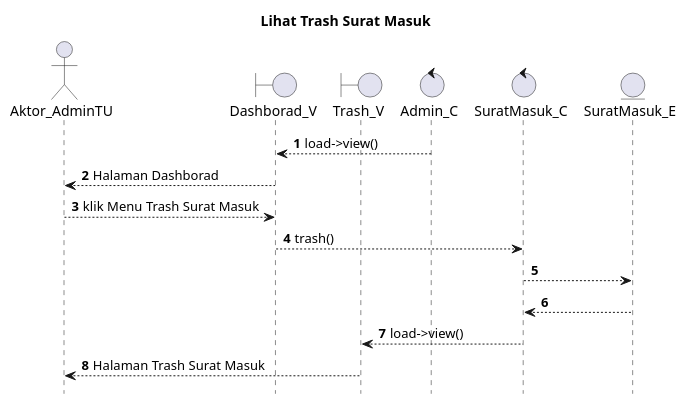
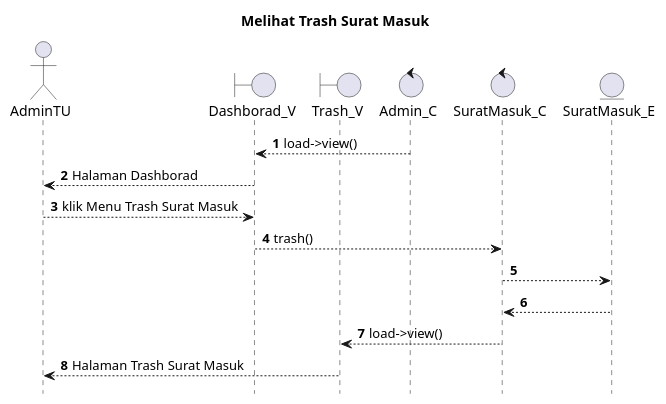
The diagram in SELAIN SISTEM/UML/SEQUENCE/admin tu/ViewTrashSuratMasuk.puml (kurniado729/sistem_kp), drawn with PlantUML before and after one commit. The commit also changed 185 other files, not shown here.

Commit message:
masukkan sequence di laporan

```diff
--- a/SELAIN SISTEM/UML/SEQUENCE/admin tu/ViewTrashSuratMasuk.puml
+++ b/SELAIN SISTEM/UML/SEQUENCE/admin tu/ViewTrashSuratMasuk.puml
@@ -1,24 +1,24 @@
 @startuml
 
 autonumber
 hide footbox
-title Lihat Trash Surat Masuk
+title Melihat Trash Surat Masuk
 
-Actor Aktor_AdminTU
+Actor AdminTU
 boundary Dashborad_V
 boundary Trash_V
 control Admin_C
 control SuratMasuk_C
 Entity SuratMasuk_E
 
 Admin_C --> Dashborad_V: load->view()
-Dashborad_V --> Aktor_AdminTU: Halaman Dashborad
-Aktor_AdminTU --> Dashborad_V: klik Menu Trash Surat Masuk
+Dashborad_V --> AdminTU: Halaman Dashborad
+AdminTU --> Dashborad_V: klik Menu Trash Surat Masuk
 Dashborad_V --> SuratMasuk_C: trash()
 SuratMasuk_C --> SuratMasuk_E:
     
     SuratMasuk_E --> SuratMasuk_C:
     SuratMasuk_C --> Trash_V: load->view()
-    Trash_V --> Aktor_AdminTU: Halaman Trash Surat Masuk
+    Trash_V --> AdminTU: Halaman Trash Surat Masuk
 
 @enduml
```
